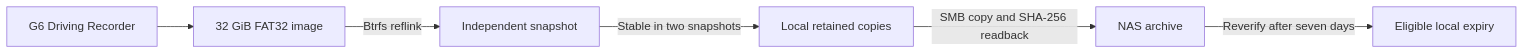
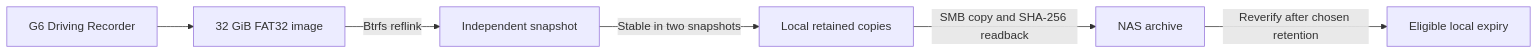
One commit to FA9US/XpengUSB changed the diagram in docs/ARCHITECTURE.md. Above: the diagram before and after it, drawn with Mermaid. The commit also changed other lines of this file and 10 other files, not shown here.

Commit message:
Clear local recordings after verified NAS backup when configured

````diff
--- a/docs/ARCHITECTURE.md
+++ b/docs/ARCHITECTURE.md
@@ -7,8 +7,8 @@
 ```mermaid
 flowchart LR
   Car[G6 Driving Recorder] --> Live[32 GiB FAT32 image]
   Live -->|Btrfs reflink| Snap[Independent snapshot]
   Snap -->|Stable in two snapshots| Spool[Local retained copies]
   Spool -->|SMB copy and SHA-256 readback| NAS[NAS archive]
-  NAS -->|Reverify after seven days| Expire[Eligible local expiry]
+  NAS -->|Reverify after chosen retention| Expire[Eligible local expiry]
 ```
````
